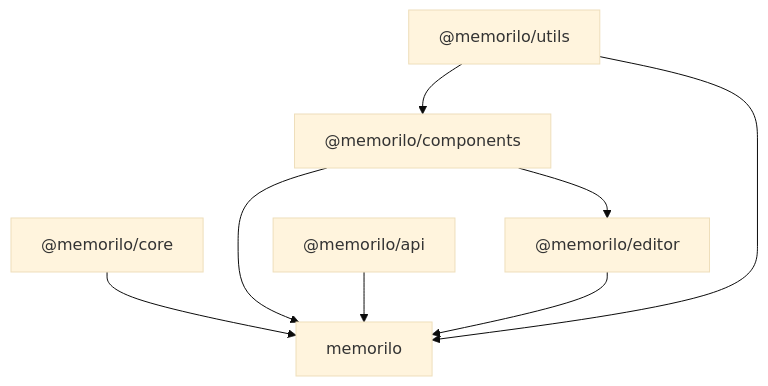
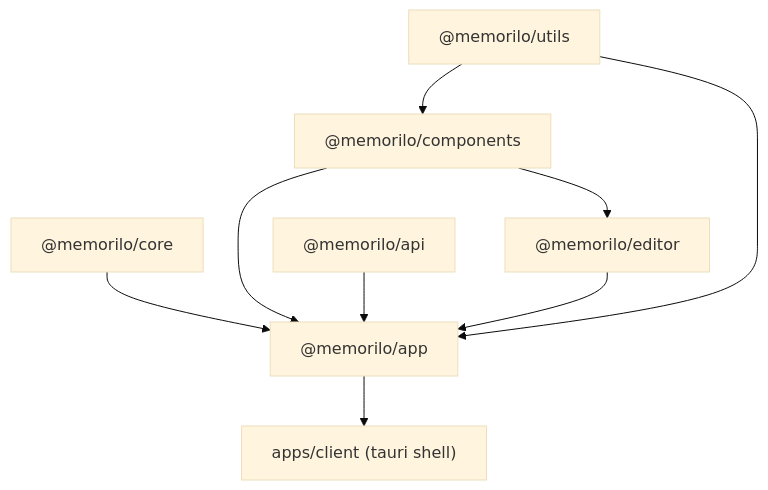
One commit to memorilo/memorilo changed the diagram in CONTRIBUTING.md. Above: the diagram before and after it, drawn with Mermaid (base theme). The commit also changed other lines of this file and 58 other files, not shown here.

Commit message:
refactor: move core to packages/app

````diff
--- a/CONTRIBUTING.md
+++ b/CONTRIBUTING.md
@@ -3,17 +3,19 @@
 ```mermaid
 graph TD
     Core["@memorilo/core"]
-    Client["memorilo"]
+    App["@memorilo/app"]
+    Client["apps/client (tauri shell)"]
     Components["@memorilo/components"]
     API["@memorilo/api"]
     Editor["@memorilo/editor"]
     Utils["@memorilo/utils"]
 
-    Core-->Client
-    Components-->Client
-    API-->Client
-    Editor-->Client
+    Core-->App
+    Components-->App
+    API-->App
+    Editor-->App
     Components-->Editor
     Utils-->Components
-    Utils-->Client
+    Utils-->App
+    App-->Client
 ```
````
